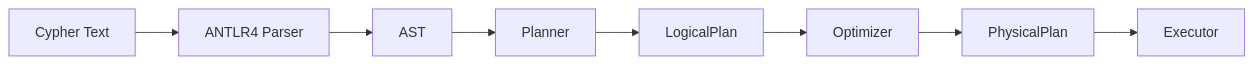
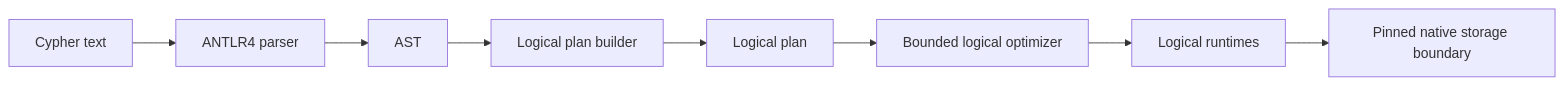
Before and after one commit to nexepic/zyx: the first of 2 diagrams in docs/apps/docs/content/docs/en/zyx/algorithms/query-optimization.mdx, drawn with Mermaid. The commit also changed other lines of this file and 1349 other files, not shown here.

First line of the commit message:
Retire legacy storage and harden native graph persistence

````diff
--- a/docs/apps/docs/content/docs/en/zyx/algorithms/query-optimization.mdx
+++ b/docs/apps/docs/content/docs/en/zyx/algorithms/query-optimization.mdx
@@ -20,10 +18,10 @@
 ```mermaid
 flowchart LR
-    A["Cypher Text"] --> B["ANTLR4 Parser"]
+    A["Cypher text"] --> B["ANTLR4 parser"]
     B --> C["AST"]
-    C --> D["Planner"]
-    D --> E["LogicalPlan"]
-    E --> F["Optimizer"]
-    F --> G["PhysicalPlan"]
-    G --> H["Executor"]
+    C --> D["Logical plan builder"]
+    D --> E["Logical plan"]
+    E --> F["Bounded logical optimizer"]
+    F --> G["Logical runtimes"]
+    G --> H["Pinned native storage boundary"]
 ```
````
